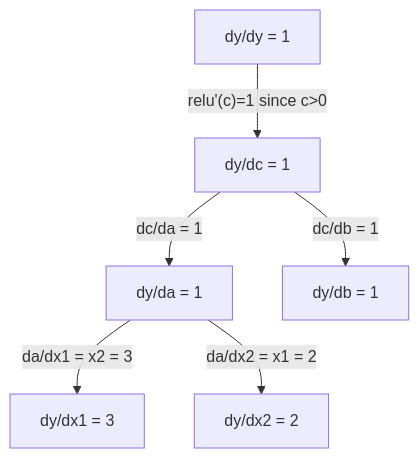
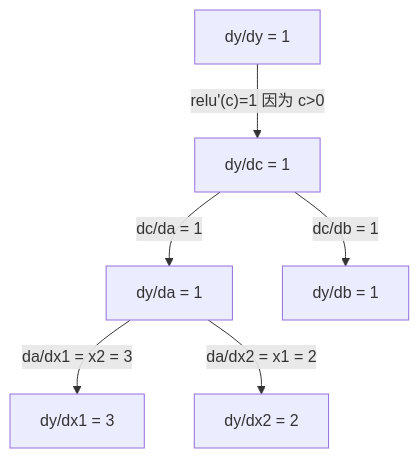
Before and after one commit to guangningsun/ailearning: the second of 2 diagrams in lessons/01-math-foundations/05-chain-rule-and-autodiff/docs/zh.md, drawn with Mermaid. The commit also changed other lines of this file and 53 other files, not shown here.

````diff
--- a/lessons/01-math-foundations/05-chain-rule-and-autodiff/docs/zh.md
+++ b/lessons/01-math-foundations/05-chain-rule-and-autodiff/docs/zh.md
@@ -76,8 +76,8 @@
 ```mermaid
 graph TD
-    dy["dy/dy = 1"] -->|"relu'(c)=1 since c>0"| dc["dy/dc = 1"]
+    dy["dy/dy = 1"] -->|"relu'(c)=1 因为 c>0"| dc["dy/dc = 1"]
     dc -->|"dc/da = 1"| da["dy/da = 1"]
     dc -->|"dc/db = 1"| db["dy/db = 1"]
     da -->|"da/dx1 = x2 = 3"| dx1["dy/dx1 = 3"]
     da -->|"da/dx2 = x1 = 2"| dx2["dy/dx2 = 2"]
 ```
````
